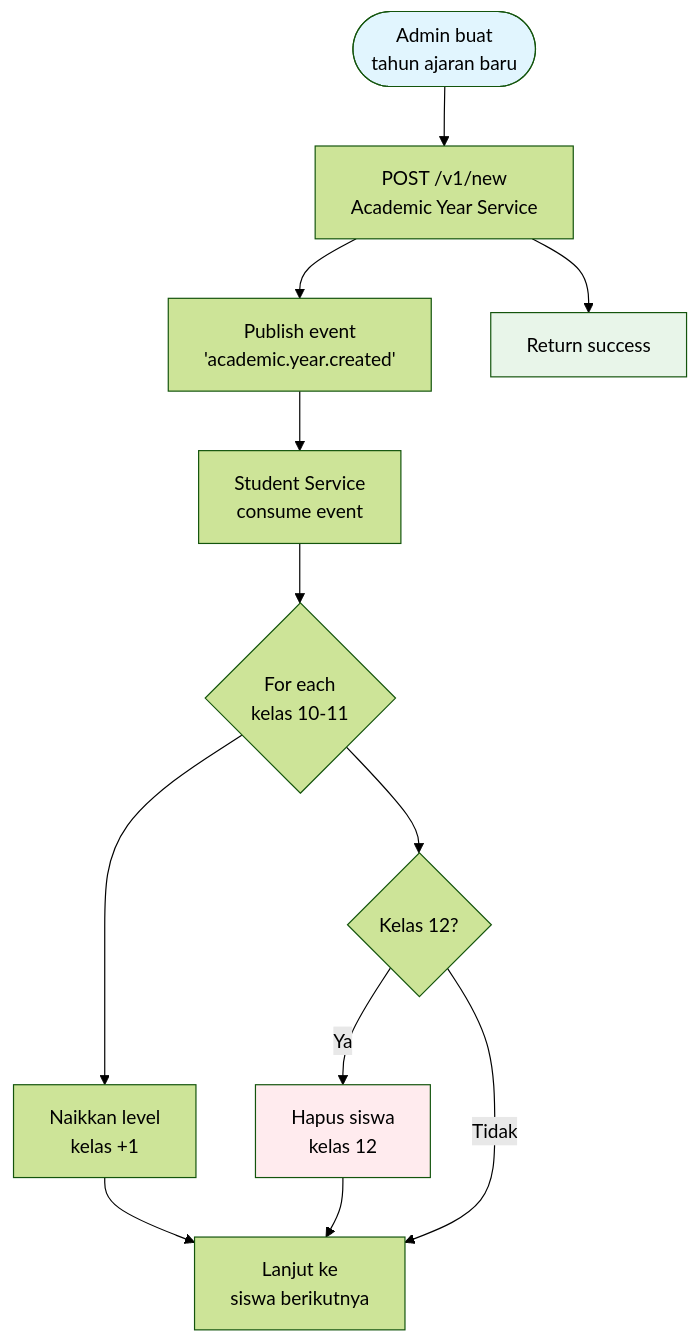
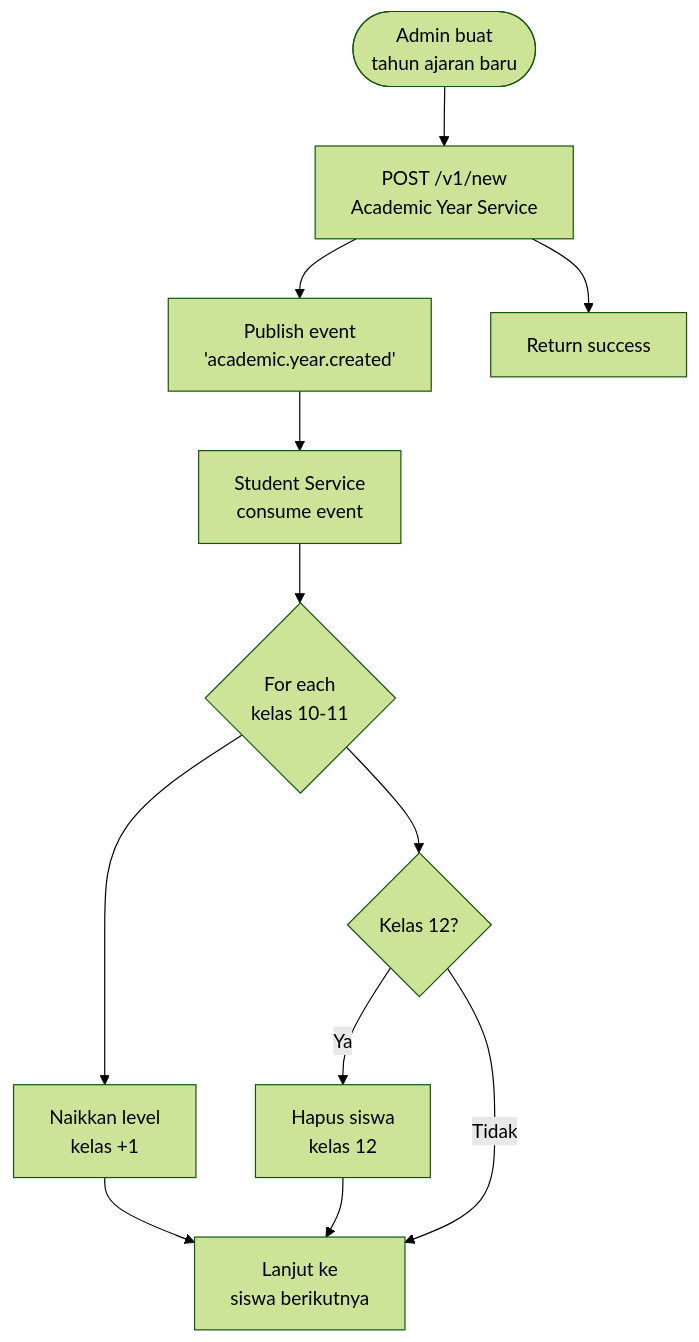
Before and after one commit to codespacedev4/Documentation-Sipresi: the sixth of 6 diagrams in README.md, drawn with Mermaid (forest theme). The commit also changed other lines of this file, not shown here.

````diff
--- a/README.md
+++ b/README.md
@@ -200,19 +175,15 @@
 ```mermaid
 flowchart TD
     Start([Admin buat<br/>tahun ajaran baru]) --> Create[POST /v1/new<br/>Academic Year Service]
     Create --> Publish[Publish event<br/>'academic.year.created']
     Create --> Response[Return success]
 
     Publish --> Student[Student Service<br/>consume event]
     Student --> Loop{For each<br/>kelas 10-11}
     Loop --> Upgrade[Naikkan level<br/>kelas +1]
     Loop --> Class12{Kelas 12?}
     Class12 -->|Ya| Delete[Hapus siswa<br/>kelas 12]
     Class12 -->|Tidak| Next[Lanjut ke<br/>siswa berikutnya]
     Upgrade --> Next
     Delete --> Next
-
-    style Start fill:#e1f5fe
-    style Response fill:#e8f5e9
-    style Delete fill:#ffebee
 ```
````
